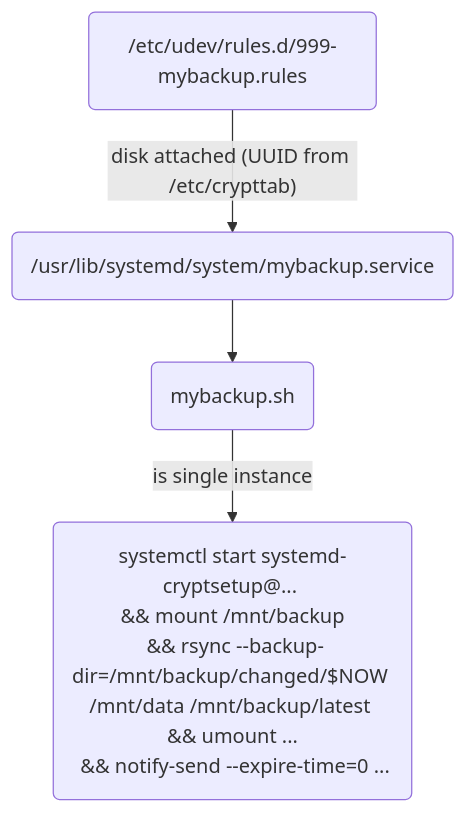
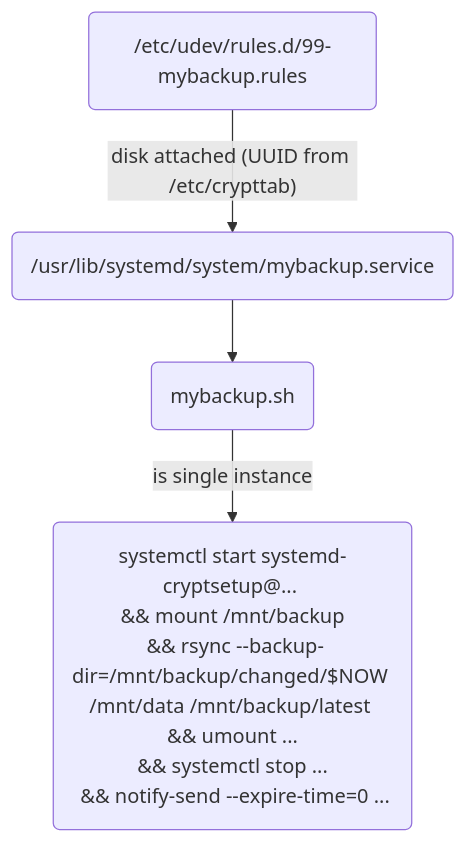
One commit to andre-st/dotfiles changed the diagram in README.md. Above: the diagram before and after it, drawn with Mermaid.

````diff
--- a/README.md
+++ b/README.md
@@ -268,12 +268,12 @@
 ```mermaid
 flowchart TD
 
-	udev("/etc/udev/rules.d/999-mybackup.rules")
+	udev("/etc/udev/rules.d/99-mybackup.rules")
 	service("/usr/lib/systemd/system/mybackup.service")
 	sh("mybackup.sh")
-	rsync("systemctl start systemd-cryptsetup@... <br> && mount /mnt/backup <br> && rsync --backup-dir=/mnt/backup/changed/$NOW /mnt/data /mnt/backup/latest <br> && umount ... <br> && notify-send --expire-time=0 ...")
+	rsync("systemctl start systemd-cryptsetup@... <br> && mount /mnt/backup <br> && rsync --backup-dir=/mnt/backup/changed/$NOW /mnt/data /mnt/backup/latest <br> && umount ... <br> && systemctl stop ... <br> && notify-send --expire-time=0 ...")
 
 	udev-- "disk attached (UUID from /etc/crypttab)" -->service
 	service-->sh
 	sh-- "is single instance" -->rsync
 ```
````
